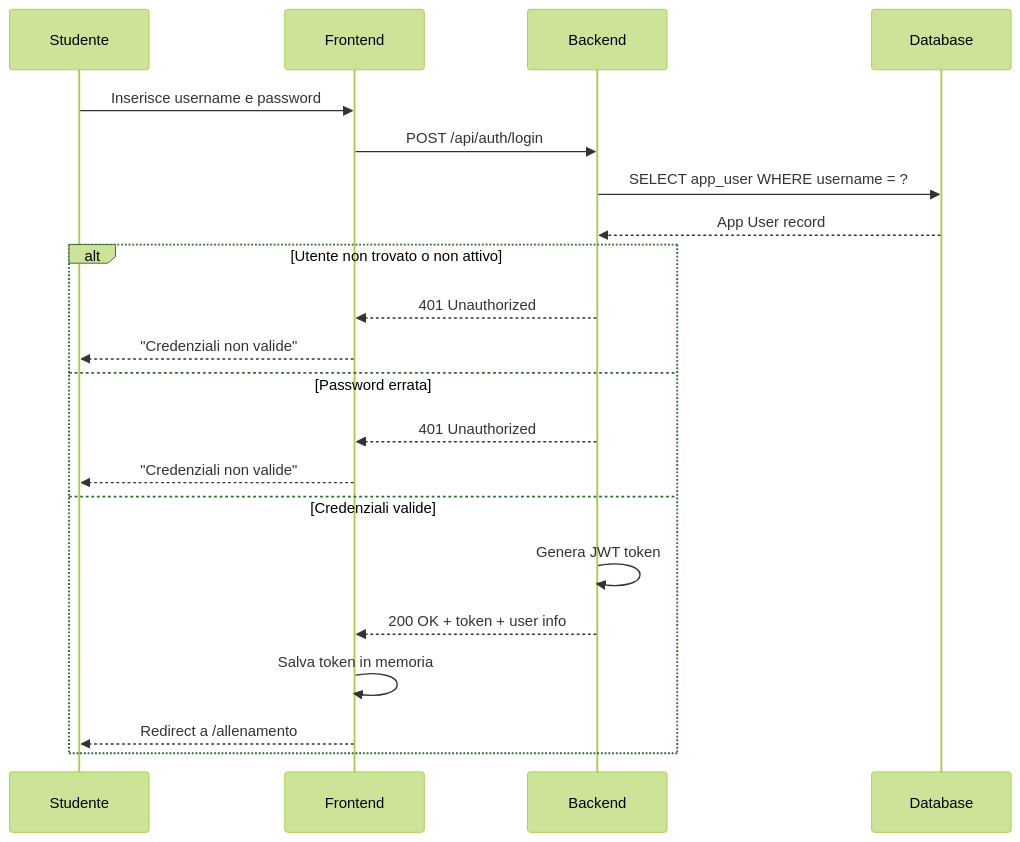
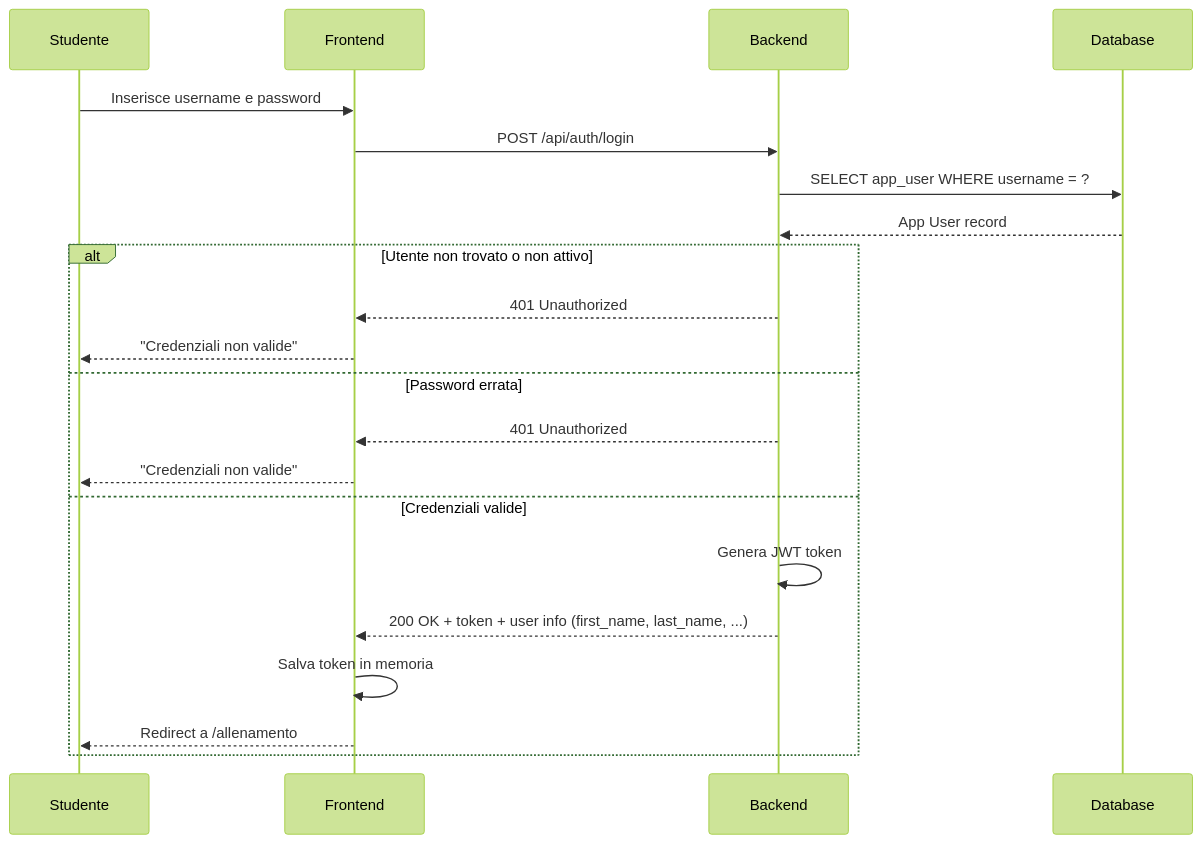
The first of 6 diagrams in docs/funzionalita.md (testero-app/testero-docs), drawn with Mermaid (forest theme) before and after one commit. The commit also changed 2 other files, not shown here.

Commit message:
docs: update App User for first_name/last_name split
- Replace name with first_name + last_name in wiki and DBML
- Add note about read-only fields and email editability
- Update login sequence diagram

````diff
--- a/docs/funzionalita.md
+++ b/docs/funzionalita.md
@@ -12,25 +12,25 @@
 ```mermaid
 sequenceDiagram
     participant S as Studente
     participant FE as Frontend
     participant BE as Backend
     participant DB as Database
 
     S->>FE: Inserisce username e password
     FE->>BE: POST /api/auth/login
     BE->>DB: SELECT app_user WHERE username = ?
     DB-->>BE: App User record
 
     alt Utente non trovato o non attivo
         BE-->>FE: 401 Unauthorized
         FE-->>S: "Credenziali non valide"
     else Password errata
         BE-->>FE: 401 Unauthorized
         FE-->>S: "Credenziali non valide"
     else Credenziali valide
         BE->>BE: Genera JWT token
-        BE-->>FE: 200 OK + token + user info
+        BE-->>FE: 200 OK + token + user info (first_name, last_name, ...)
         FE->>FE: Salva token in memoria
         FE-->>S: Redirect a /allenamento
     end
 ```
````
